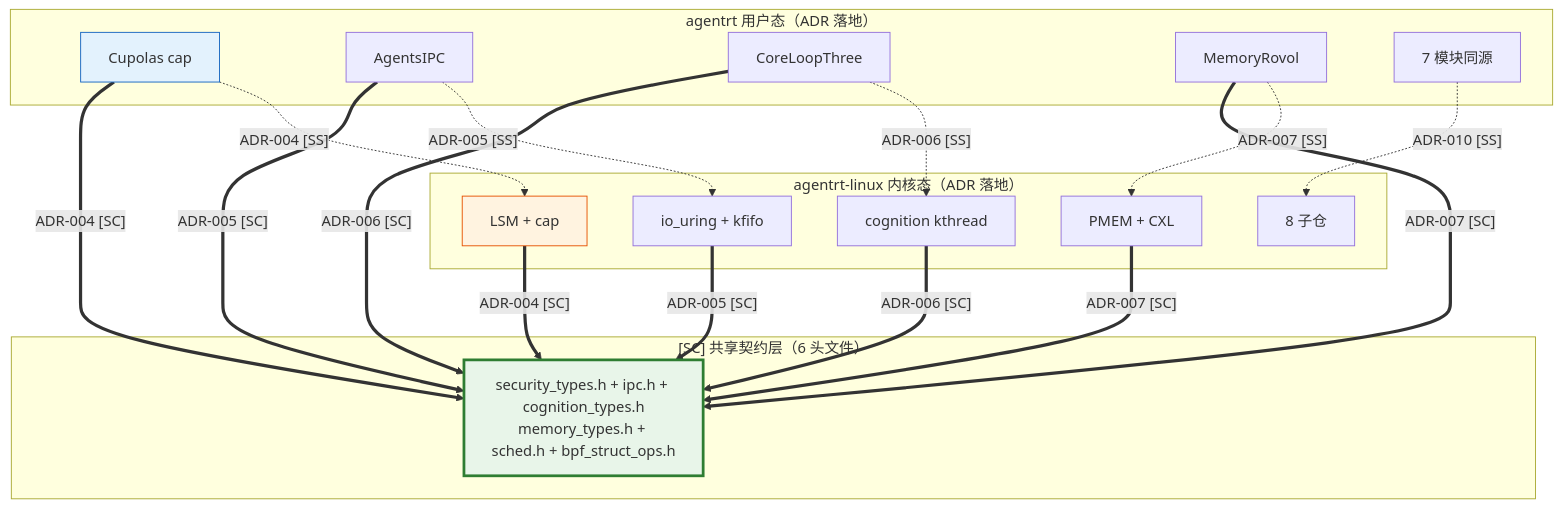
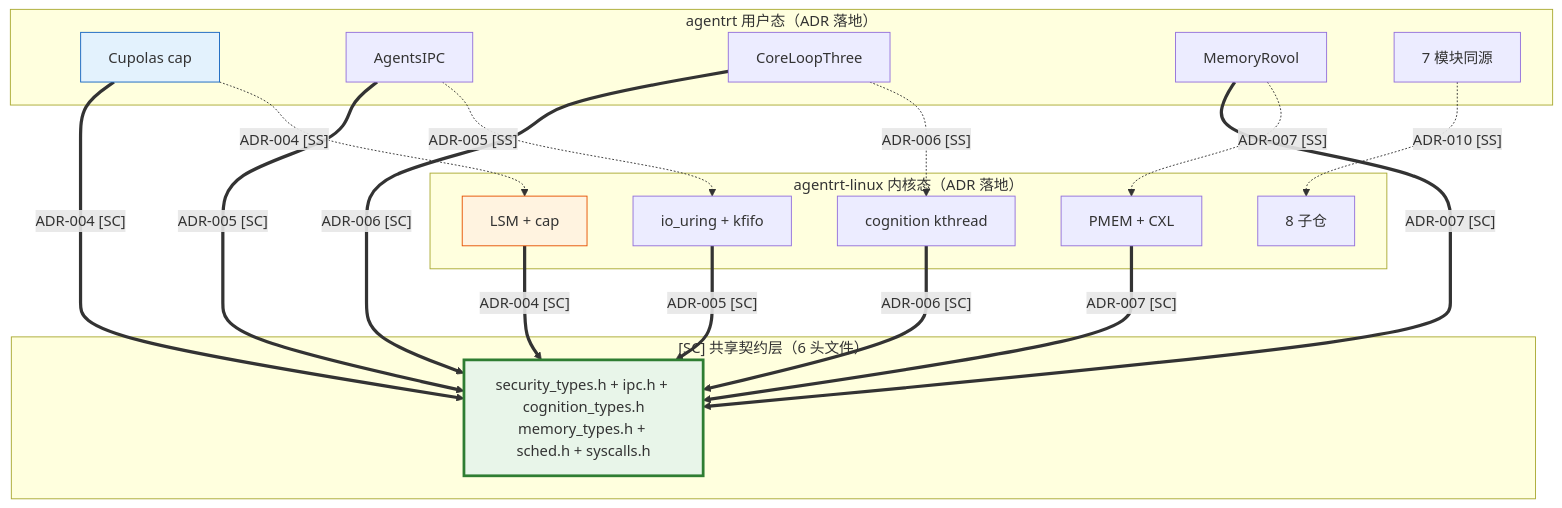
Before and after one commit to SpharxTeam/Docs: the first of 2 diagrams in AirymaxOS/10-architecture/05-adrs.md, drawn with Mermaid. The commit also changed other lines of this file and 151 other files, not shown here.

````diff
--- a/AirymaxOS/10-architecture/05-adrs.md
+++ b/AirymaxOS/10-architecture/05-adrs.md
@@ -1115,41 +1115,41 @@
 ```mermaid
 graph TB
     subgraph "agentrt 用户态（ADR 落地）"
         RT_004[Cupolas cap]
         RT_005[AgentsIPC]
         RT_006[CoreLoopThree]
         RT_007[MemoryRovol]
         RT_010[7 模块同源]
     end
 
     subgraph "agentrt-linux 内核态（ADR 落地）"
         OS_003[8 子仓]
         OS_004[LSM + cap]
         OS_005[io_uring + kfifo]
         OS_006[cognition kthread]
         OS_007[PMEM + CXL]
     end
 
     subgraph "[SC] 共享契约层（6 头文件）"
-        SC[security_types.h + ipc.h + cognition_types.h<br/>memory_types.h + sched.h + bpf_struct_ops.h]
+        SC[security_types.h + ipc.h + cognition_types.h<br/>memory_types.h + sched.h + syscalls.h]
     end
 
     RT_004 -.->|"ADR-004 [SS]"| OS_004
     RT_005 -.->|"ADR-005 [SS]"| OS_005
     RT_006 -.->|"ADR-006 [SS]"| OS_006
     RT_007 -.->|"ADR-007 [SS]"| OS_007
     RT_010 -.->|"ADR-010 [SS]"| OS_003
 
     RT_004 ==>|"ADR-004 [SC]"| SC
     RT_005 ==>|"ADR-005 [SC]"| SC
     RT_006 ==>|"ADR-006 [SC]"| SC
     RT_007 ==>|"ADR-007 [SC]"| SC
     OS_004 ==>|"ADR-004 [SC]"| SC
     OS_005 ==>|"ADR-005 [SC]"| SC
     OS_006 ==>|"ADR-006 [SC]"| SC
     OS_007 ==>|"ADR-007 [SC]"| SC
 
     style SC fill:#e8f5e9,stroke:#2e7d32,stroke-width:3px
     style RT_004 fill:#e3f2fd,stroke:#1565c0
     style OS_004 fill:#fff3e0,stroke:#e65100
 ```
````
